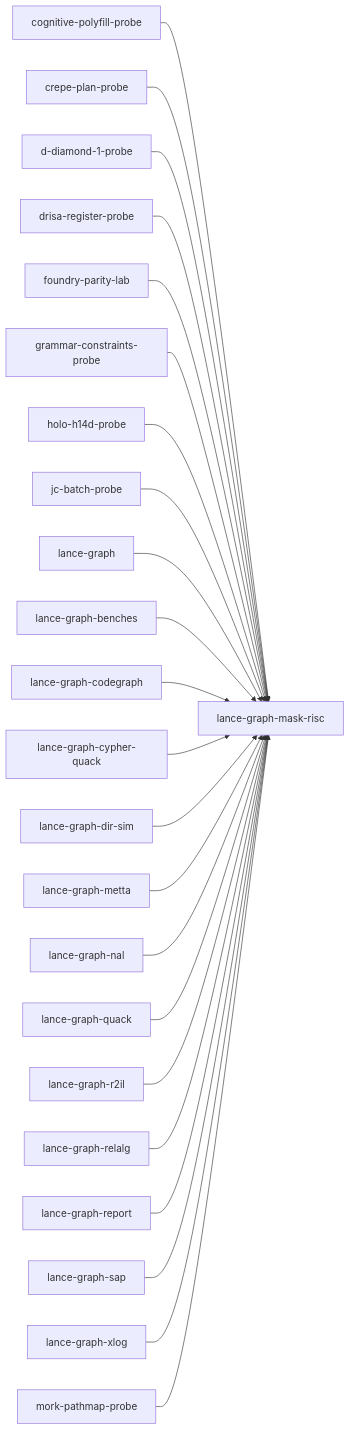
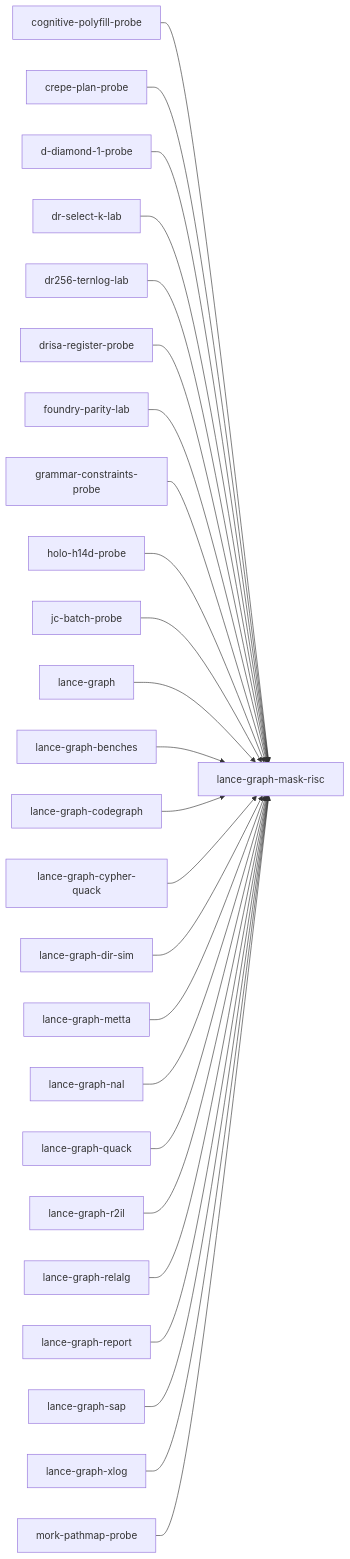
Before and after one commit to AdaWorldAPI/lance-graph: the diagram in .codegraph/crates/lance-graph-mask-risc.index.md, drawn with Mermaid. The commit also changed other lines of this file and 119 other files, not shown here.

First line of the commit message:
dr-select-k-lab: results, disable runs, CI job, board entry

````diff
--- a/.codegraph/crates/lance-graph-mask-risc.index.md
+++ b/.codegraph/crates/lance-graph-mask-risc.index.md
@@ -175,48 +177,52 @@
 ```mermaid
 flowchart LR
   n6["cognitive-polyfill-probe"]
   n9["crepe-plan-probe"]
   n10["d-diamond-1-probe"]
-  n15["drisa-register-probe"]
-  n19["foundry-parity-lab"]
-  n21["grammar-constraints-probe"]
-  n24["holo-h14d-probe"]
-  n28["jc-batch-probe"]
-  n29["lance-graph"]
-  n33["lance-graph-benches"]
-  n37["lance-graph-codegraph"]
-  n41["lance-graph-cypher-quack"]
-  n42["lance-graph-dir-sim"]
-  n48["lance-graph-mask-risc"]
-  n49["lance-graph-metta"]
-  n50["lance-graph-nal"]
-  n58["lance-graph-quack"]
-  n59["lance-graph-r2il"]
-  n61["lance-graph-relalg"]
-  n62["lance-graph-report"]
-  n64["lance-graph-sap"]
-  n67["lance-graph-xlog"]
-  n69["mork-pathmap-probe"]
-  n6 --> n48
-  n9 --> n48
-  n10 --> n48
-  n15 --> n48
-  n19 --> n48
-  n21 --> n48
-  n24 --> n48
-  n28 --> n48
-  n29 --> n48
-  n33 --> n48
-  n37 --> n48
-  n41 --> n48
-  n42 --> n48
-  n49 --> n48
-  n50 --> n48
-  n58 --> n48
-  n59 --> n48
-  n61 --> n48
-  n62 --> n48
-  n64 --> n48
-  n67 --> n48
-  n69 --> n48
+  n14["dr-select-k-lab"]
+  n15["dr256-ternlog-lab"]
+  n17["drisa-register-probe"]
+  n22["foundry-parity-lab"]
+  n24["grammar-constraints-probe"]
+  n27["holo-h14d-probe"]
+  n31["jc-batch-probe"]
+  n32["lance-graph"]
+  n36["lance-graph-benches"]
+  n40["lance-graph-codegraph"]
+  n44["lance-graph-cypher-quack"]
+  n45["lance-graph-dir-sim"]
+  n51["lance-graph-mask-risc"]
+  n52["lance-graph-metta"]
+  n53["lance-graph-nal"]
+  n61["lance-graph-quack"]
+  n62["lance-graph-r2il"]
+  n64["lance-graph-relalg"]
+  n65["lance-graph-report"]
+  n67["lance-graph-sap"]
+  n70["lance-graph-xlog"]
+  n72["mork-pathmap-probe"]
+  n6 --> n51
+  n9 --> n51
+  n10 --> n51
+  n14 --> n51
+  n15 --> n51
+  n17 --> n51
+  n22 --> n51
+  n24 --> n51
+  n27 --> n51
+  n31 --> n51
+  n32 --> n51
+  n36 --> n51
+  n40 --> n51
+  n44 --> n51
+  n45 --> n51
+  n52 --> n51
+  n53 --> n51
+  n61 --> n51
+  n62 --> n51
+  n64 --> n51
+  n65 --> n51
+  n67 --> n51
+  n70 --> n51
+  n72 --> n51
 ```
````
